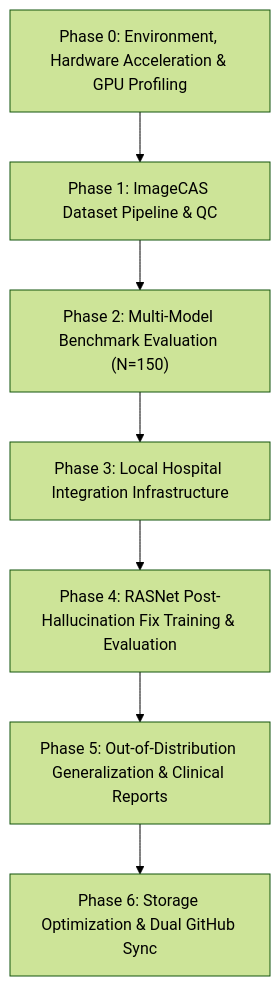
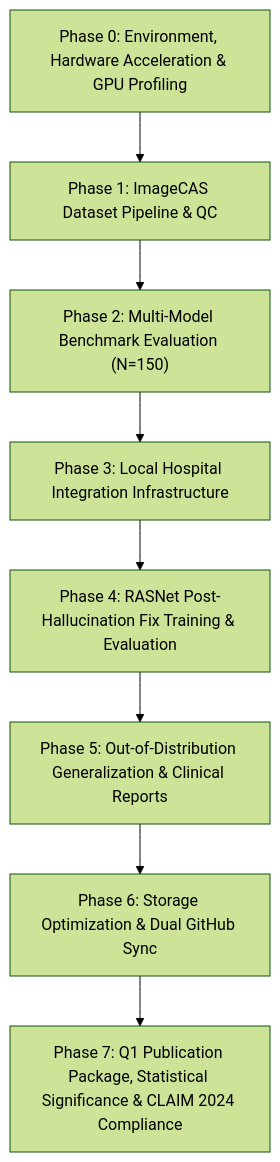
One commit to DigontaDas/Efficient-3D-Tiled-CNN-Architecture changed the diagram in Upto-What's-done.md. Above: the diagram before and after it, drawn with Mermaid (forest theme). The commit also changed other lines of this file, not shown here.

Commit message:
docs: update Upto-What's-done.md with Phase 7 Q1 publication package milestones

````diff
--- a/Upto-What's-done.md
+++ b/Upto-What's-done.md
@@ -9,9 +9,10 @@
 ```mermaid
 flowchart TD
     A["Phase 0: Environment, Hardware Acceleration & GPU Profiling"] --> B["Phase 1: ImageCAS Dataset Pipeline & QC"]
     B --> C["Phase 2: Multi-Model Benchmark Evaluation (N=150)"]
     C --> D["Phase 3: Local Hospital Integration Infrastructure"]
     D --> E["Phase 4: RASNet Post-Hallucination Fix Training & Evaluation"]
     E --> F["Phase 5: Out-of-Distribution Generalization & Clinical Reports"]
     F --> G["Phase 6: Storage Optimization & Dual GitHub Sync"]
+    G --> H["Phase 7: Q1 Publication Package, Statistical Significance & CLAIM 2024 Compliance"]
 ```
````
